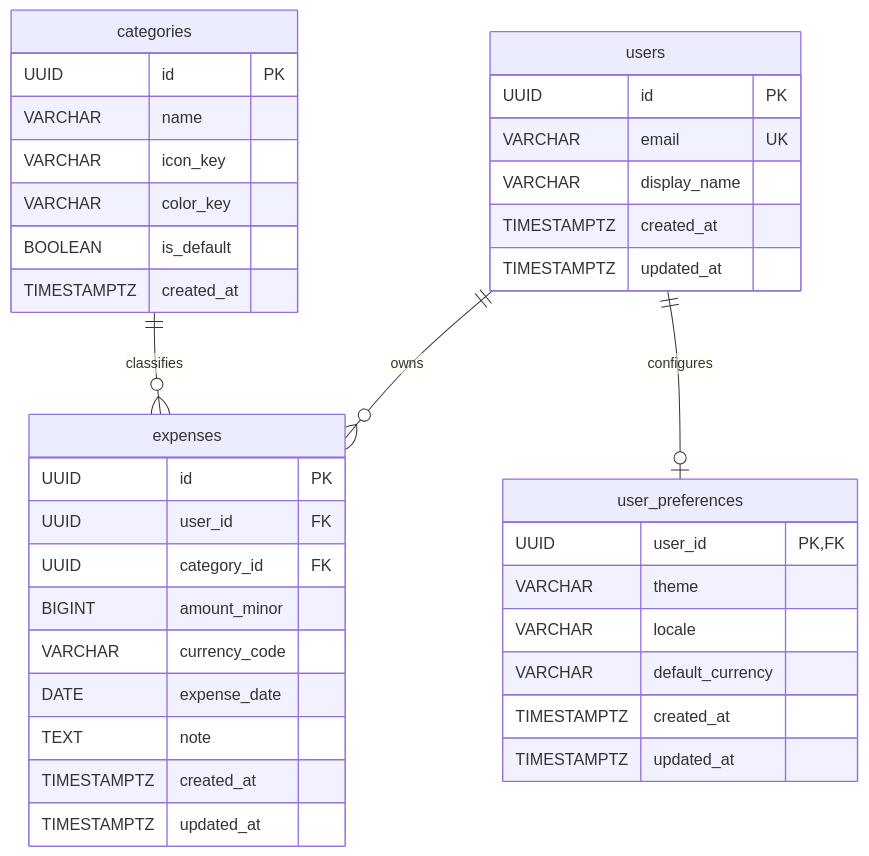
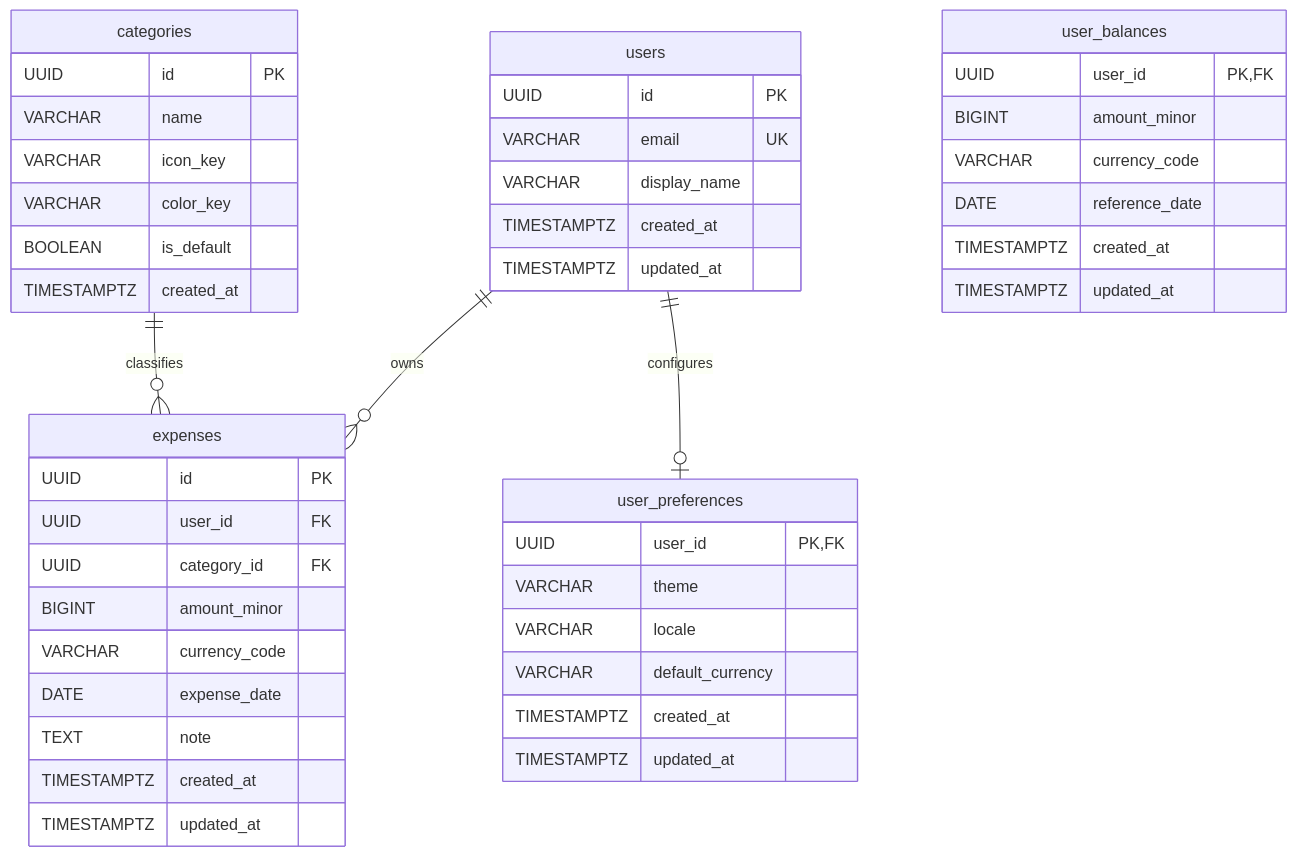
The diagram in docs/DATABASE.md (samiulislam56/Daily-Expense-Track-), drawn with Mermaid before and after one commit. The commit also changed 25 other files, not shown here.

Commit message:
feat: redesign dashboard summary cards, add balance management, and fix expense deletion flow

````diff
--- a/docs/DATABASE.md
+++ b/docs/DATABASE.md
@@ -10,44 +10,53 @@
 ```mermaid
 erDiagram
     users ||--o{ expenses : owns
     users ||--o| user_preferences : configures
     categories ||--o{ expenses : classifies
 
     users {
         UUID id PK
         VARCHAR email UK
         VARCHAR display_name
         TIMESTAMPTZ created_at
         TIMESTAMPTZ updated_at
     }
 
     categories {
         UUID id PK
         VARCHAR name
         VARCHAR icon_key
         VARCHAR color_key
         BOOLEAN is_default
         TIMESTAMPTZ created_at
     }
 
     expenses {
         UUID id PK
         UUID user_id FK
         UUID category_id FK
         BIGINT amount_minor
         VARCHAR currency_code
         DATE expense_date
         TEXT note
         TIMESTAMPTZ created_at
         TIMESTAMPTZ updated_at
     }
 
     user_preferences {
         UUID user_id PK, FK
         VARCHAR theme
         VARCHAR locale
         VARCHAR default_currency
         TIMESTAMPTZ created_at
         TIMESTAMPTZ updated_at
     }
+
+    user_balances {
+        UUID user_id PK, FK
+        BIGINT amount_minor
+        VARCHAR currency_code
+        DATE reference_date
+        TIMESTAMPTZ created_at
+        TIMESTAMPTZ updated_at
+    }
 ```
````
